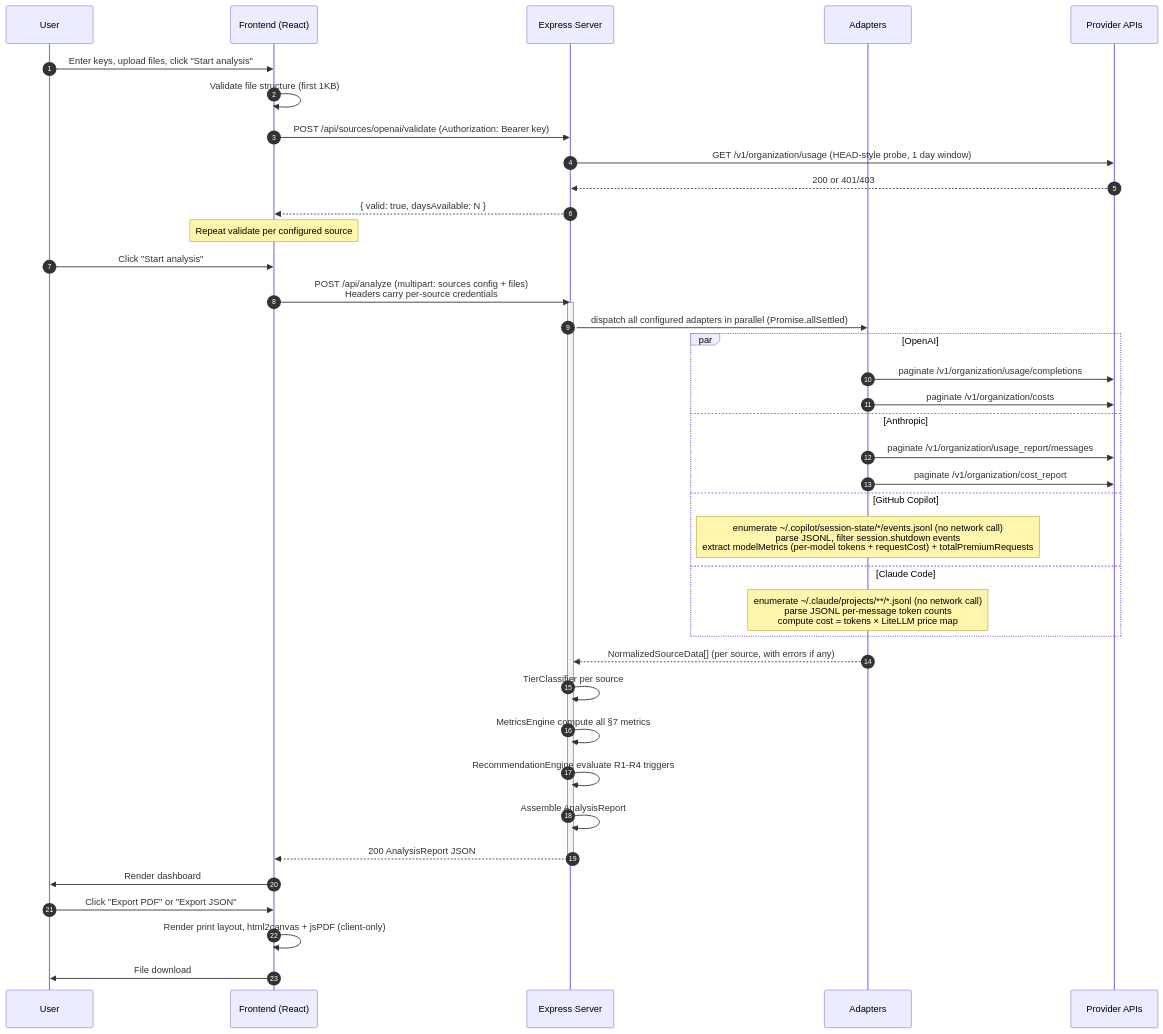
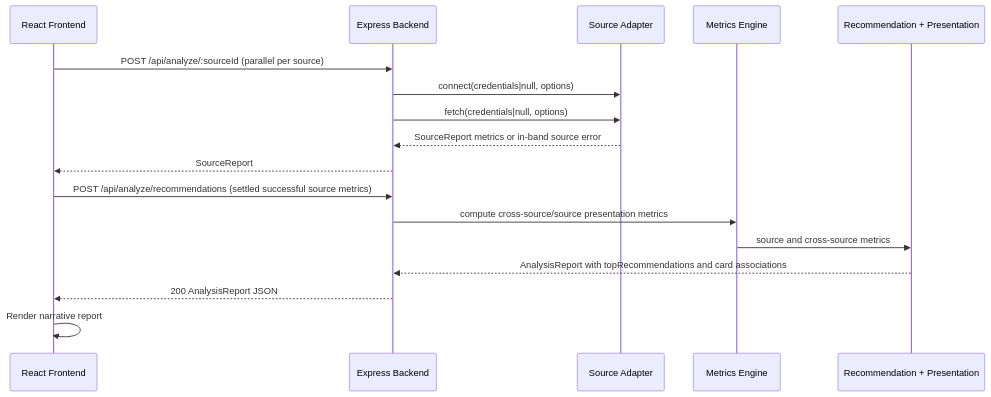
Before and after one commit to DaniHalfin/Promptly: the third of 5 diagrams in docs/engineering-design.md, drawn with Mermaid. The commit also changed other lines of this file and 16 other files, not shown here.

Commit message:
feat: Phase 1 — canonical ChatGPT adapter, Tier C metrics, per-source routes

````diff
--- a/docs/engineering-design.md
+++ b/docs/engineering-design.md
@@ -114,46 +103,20 @@
 ```mermaid
 sequenceDiagram
-    autonumber
-    participant U as User
-    participant FE as Frontend (React)
-    participant BE as Express Server
-    participant ADP as Adapters
-    participant PROV as Provider APIs
+    participant FE as React Frontend
+    participant BE as Express Backend
+    participant ADP as Source Adapter
+    participant MET as Metrics Engine
+    participant REC as Recommendation + Presentation
 
-    U->>FE: Enter keys, upload files, click "Start analysis"
-    FE->>FE: Validate file structure (first 1KB)
-    FE->>BE: POST /api/sources/openai/validate (Authorization: Bearer key)
-    BE->>PROV: GET /v1/organization/usage (HEAD-style probe, 1 day window)
-    PROV-->>BE: 200 or 401/403
-    BE-->>FE: { valid: true, daysAvailable: N }
-    Note over FE: Repeat validate per configured source
-
-    U->>FE: Click "Start analysis"
-    FE->>BE: POST /api/analyze (multipart: sources config + files)<br/>Headers carry per-source credentials
-    activate BE
-    BE->>ADP: dispatch all configured adapters in parallel (Promise.allSettled)
-
-    par OpenAI
-        ADP->>PROV: paginate /v1/organization/usage/completions
-        ADP->>PROV: paginate /v1/organization/costs
-    and Anthropic
-        ADP->>PROV: paginate /v1/organization/usage_report/messages
-        ADP->>PROV: paginate /v1/organization/cost_report
-    and GitHub Copilot
-        Note over ADP: enumerate ~/.copilot/session-state/*/events.jsonl (no network call)<br/>parse JSONL, filter session.shutdown events<br/>extract modelMetrics (per-model tokens + requestCost) + totalPremiumRequests
-    and Claude Code
-        Note over ADP: enumerate ~/.claude/projects/**/*.jsonl (no network call)<br/>parse JSONL per-message token counts<br/>compute cost = tokens × LiteLLM price map
-    end
-
-    ADP-->>BE: NormalizedSourceData[] (per source, with errors if any)
-    BE->>BE: TierClassifier per source
-    BE->>BE: MetricsEngine compute all §7 metrics
-    BE->>BE: RecommendationEngine evaluate R1-R4 triggers
-    BE->>BE: Assemble AnalysisReport
+    FE->>BE: POST /api/analyze/:sourceId (parallel per source)
+    BE->>ADP: connect(credentials|null, options)
+    BE->>ADP: fetch(credentials|null, options)
+    ADP-->>BE: SourceReport metrics or in-band source error
+    BE-->>FE: SourceReport
+    FE->>BE: POST /api/analyze/recommendations (settled successful source metrics)
+    BE->>MET: compute cross-source/source presentation metrics
+    MET->>REC: source and cross-source metrics
+    REC-->>BE: AnalysisReport with topRecommendations and card associations
     BE-->>FE: 200 AnalysisReport JSON
-    deactivate BE
-    FE->>U: Render dashboard
-    U->>FE: Click "Export PDF" or "Export JSON"
-    FE->>FE: Render print layout, html2canvas + jsPDF (client-only)
-    FE->>U: File download
+    FE->>FE: Render narrative report
 ```
````
